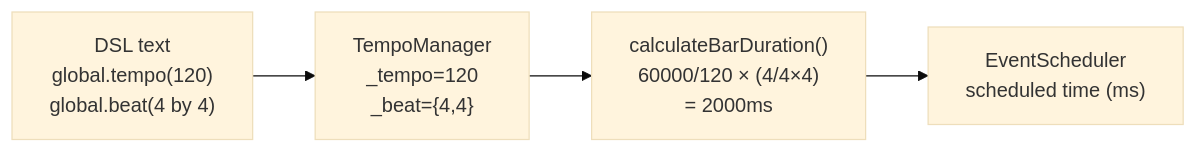
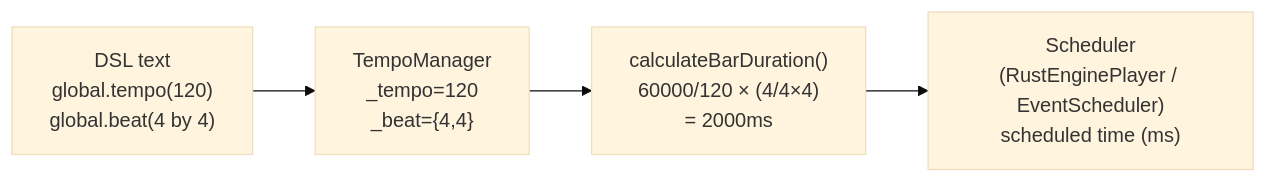
The first of 2 diagrams in sites/dev/en/scheduling/time-representation.md (signalcompose/orbitscore), drawn with Mermaid (base theme) before and after one commit. The commit also changed other lines of this file and 8 other files, not shown here.

````diff
--- a/sites/dev/en/scheduling/time-representation.md
+++ b/sites/dev/en/scheduling/time-representation.md
@@ -146,6 +183,6 @@
 ```mermaid
 flowchart LR
   DSL["DSL text\nglobal.tempo(120)\nglobal.beat(4 by 4)"] --> TM["TempoManager\n_tempo=120\n_beat={4,4}"]
   TM --> CALC["calculateBarDuration()\n60000/120 × (4/4×4)\n= 2000ms"]
-  CALC --> SCHED["EventScheduler\nscheduled time (ms)"]
+  CALC --> SCHED["Scheduler\n(RustEnginePlayer / EventScheduler)\nscheduled time (ms)"]
 ```
````
